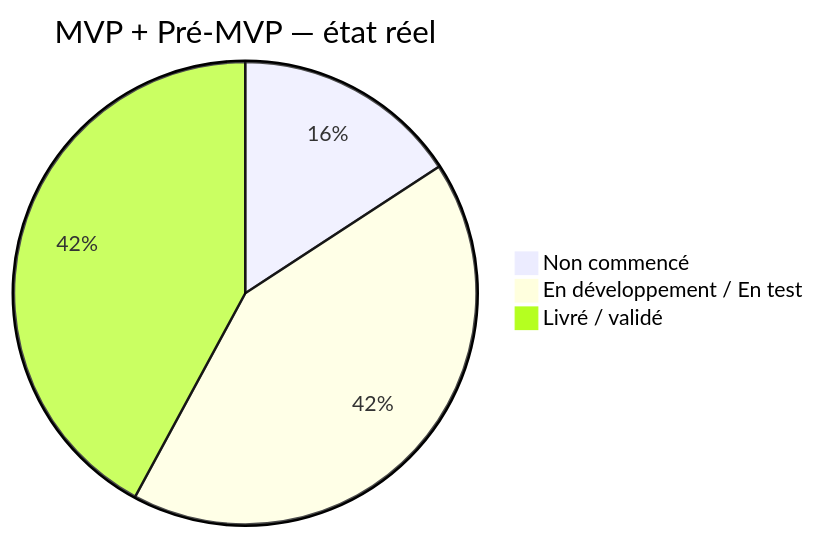
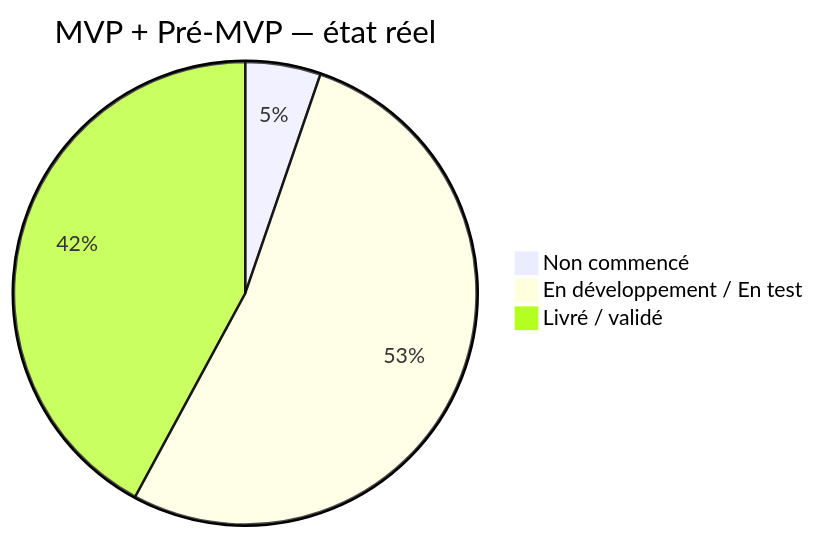
Before and after one commit to JavaChrist/Tai-Chi-AI-Coach: the first of 5 diagrams in docs/runtime/02_FEATURE_STATUS.md, drawn with Mermaid. The commit also changed other lines of this file and 15 other files, not shown here.

````diff
--- a/docs/runtime/02_FEATURE_STATUS.md
+++ b/docs/runtime/02_FEATURE_STATUS.md
@@ -136,6 +138,6 @@
 ```mermaid
 pie title MVP + Pré-MVP — état réel
-  "Non commencé" : 3
-  "En développement / En test" : 8
+  "Non commencé" : 1
+  "En développement / En test" : 10
   "Livré / validé" : 8
 ```
````
